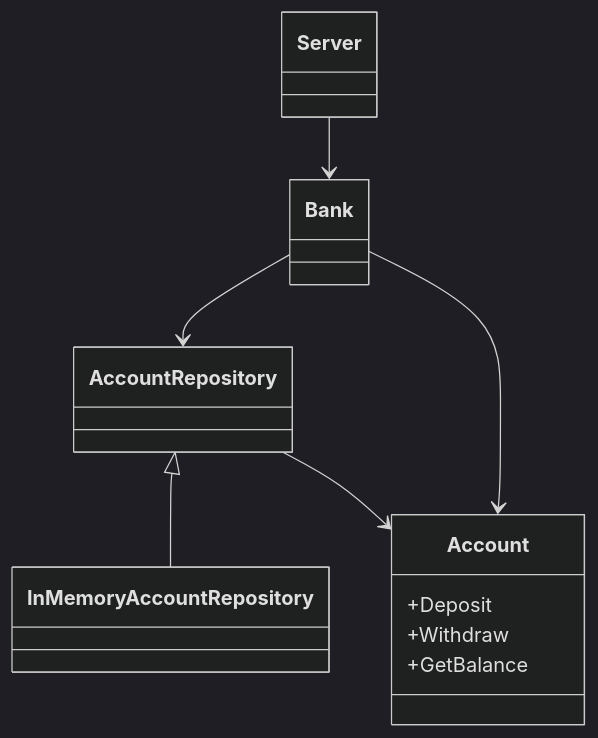
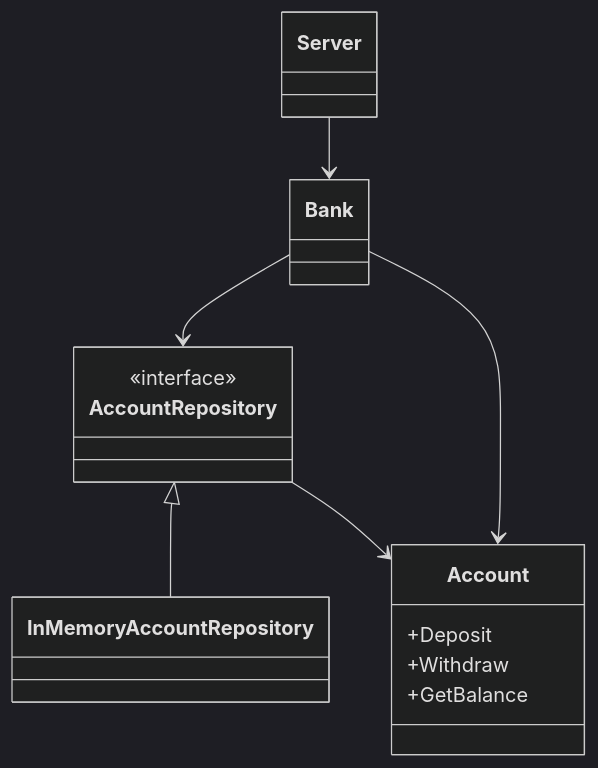
One commit to fraylopez/bank-go changed the second of 2 diagrams in README.md. Above: the diagram before and after it, drawn with Mermaid (dark theme).

Commit message:
docs: add readme with use cases and class diagram

````diff
--- a/README.md
+++ b/README.md
@@ -34,23 +34,25 @@
 ```mermaid
 
 classDiagram
     class Server
     class Bank
-    interface AccountRepository
+    class AccountRepository {
+        <<interface>>
+    }
     class InMemoryAccountRepository
     class Account {
         +Deposit
         +Withdraw
         +GetBalance
     }
     
     
     Server --> Bank
     Bank --> AccountRepository
     AccountRepository <|-- InMemoryAccountRepository
     Bank --> Account
     AccountRepository --> Account
     
 
 
 ```
````
